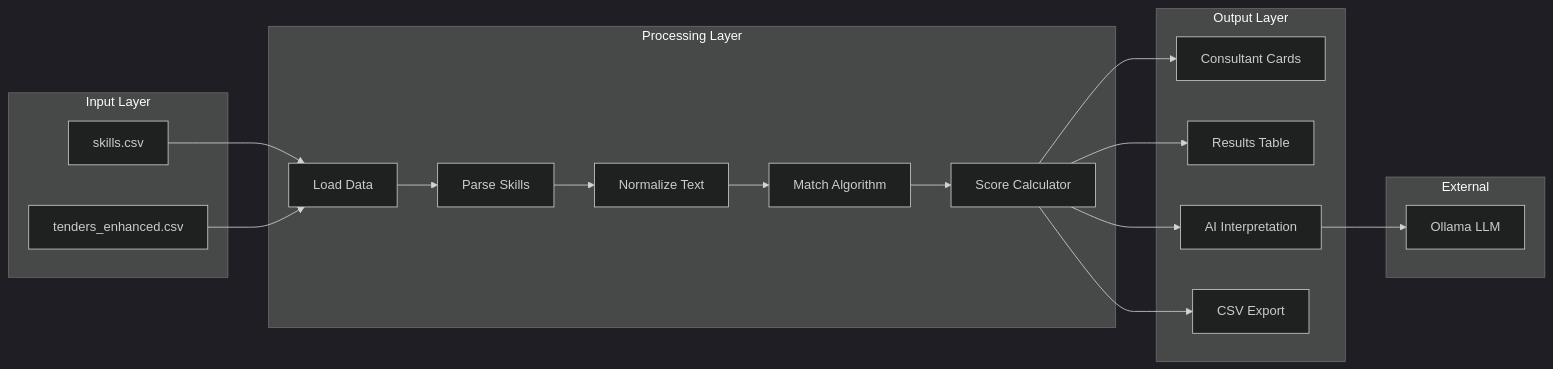
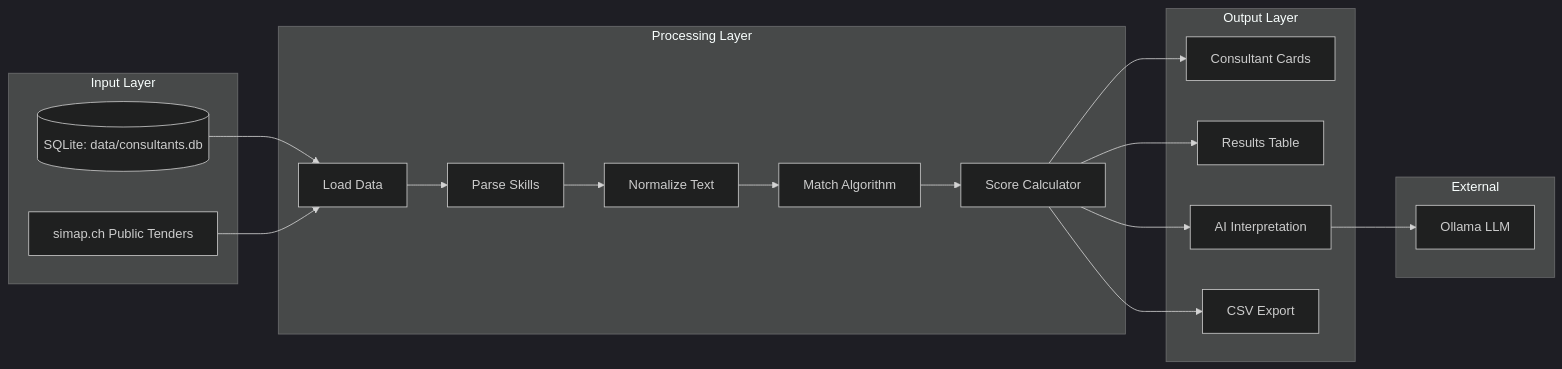
Before and after one commit to aicoreml/Skill-Matrix-Match-Simap-Tenders: the fifth of 10 diagrams in FLOWCHART.md, drawn with Mermaid (dark theme). The commit also changed other lines of this file and 3 other files, not shown here.

````diff
--- a/FLOWCHART.md
+++ b/FLOWCHART.md
@@ -183,38 +183,38 @@
 ```mermaid
 graph LR
     subgraph "Input Layer"
-        A[skills.csv]
-        B[tenders_enhanced.csv]
+        A[(SQLite: data/consultants.db)]
+        B[simap.ch Public Tenders]
     end
     
     subgraph "Processing Layer"
         C[Load Data]
         D[Parse Skills]
         E[Normalize Text]
         F[Match Algorithm]
         G[Score Calculator]
     end
     
     subgraph "Output Layer"
         H[Consultant Cards]
         I[Results Table]
         J[AI Interpretation]
         K[CSV Export]
     end
     
     subgraph "External"
         L[Ollama LLM]
     end
     
     A --> C
     B --> C
     C --> D
     D --> E
     E --> F
     F --> G
     G --> H
     G --> I
     G --> J
     J --> L
     G --> K
 ```
````
